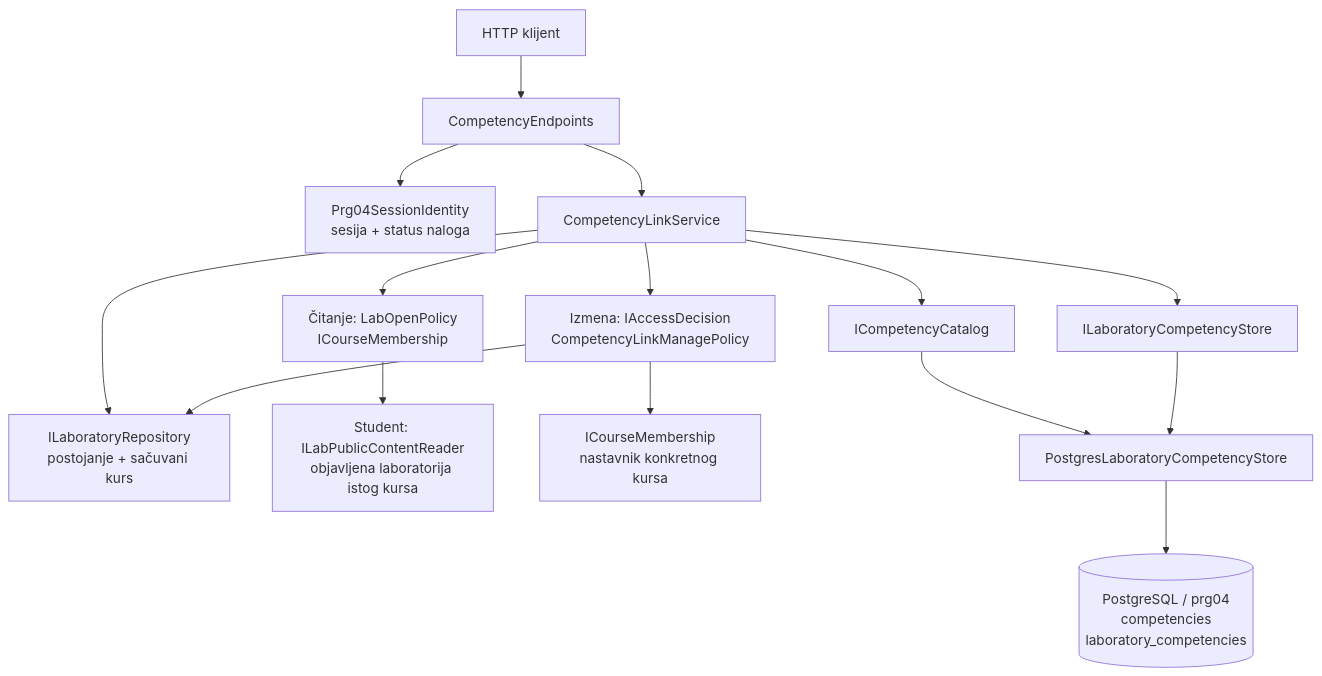
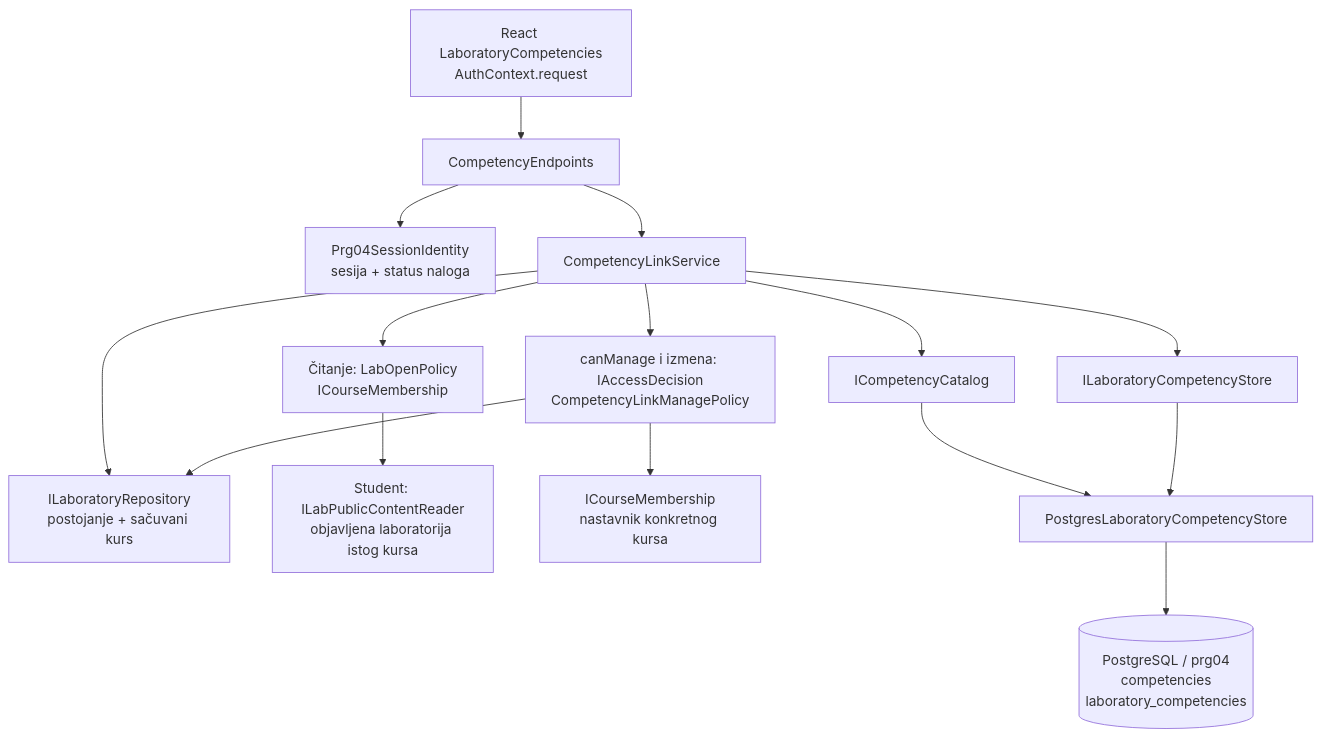
Before and after one commit to owlCoder/security-lab: the diagram in docs/components/PRG-04-competencies.md, drawn with Mermaid. The commit also changed other lines of this file and 23 other files, not shown here.

````diff
--- a/docs/components/PRG-04-competencies.md
+++ b/docs/components/PRG-04-competencies.md
@@ -34,17 +37,17 @@
 ```mermaid
 flowchart TB
-  CLIENT["HTTP klijent"] --> EP["CompetencyEndpoints"]
+  CLIENT["React LaboratoryCompetencies<br/>AuthContext.request"] --> EP["CompetencyEndpoints"]
   EP --> ID["Prg04SessionIdentity<br/>sesija + status naloga"]
   EP --> SERVICE["CompetencyLinkService"]
   SERVICE --> LAB["ILaboratoryRepository<br/>postojanje + sačuvani kurs"]
   SERVICE --> READ["Čitanje: LabOpenPolicy<br/>ICourseMembership"]
   READ --> PUBLIC["Student: ILabPublicContentReader<br/>objavljena laboratorija istog kursa"]
-  SERVICE --> EDIT["Izmena: IAccessDecision<br/>CompetencyLinkManagePolicy"]
+  SERVICE --> EDIT["canManage i izmena: IAccessDecision<br/>CompetencyLinkManagePolicy"]
   EDIT --> LAB
   EDIT --> MEMBER["ICourseMembership<br/>nastavnik konkretnog kursa"]
   SERVICE --> CATALOG["ICompetencyCatalog"]
   SERVICE --> LINKS["ILaboratoryCompetencyStore"]
   CATALOG --> STORE["PostgresLaboratoryCompetencyStore"]
   LINKS --> STORE
   STORE --> DB[("PostgreSQL / prg04<br/>competencies<br/>laboratory_competencies")]
 ```
````
